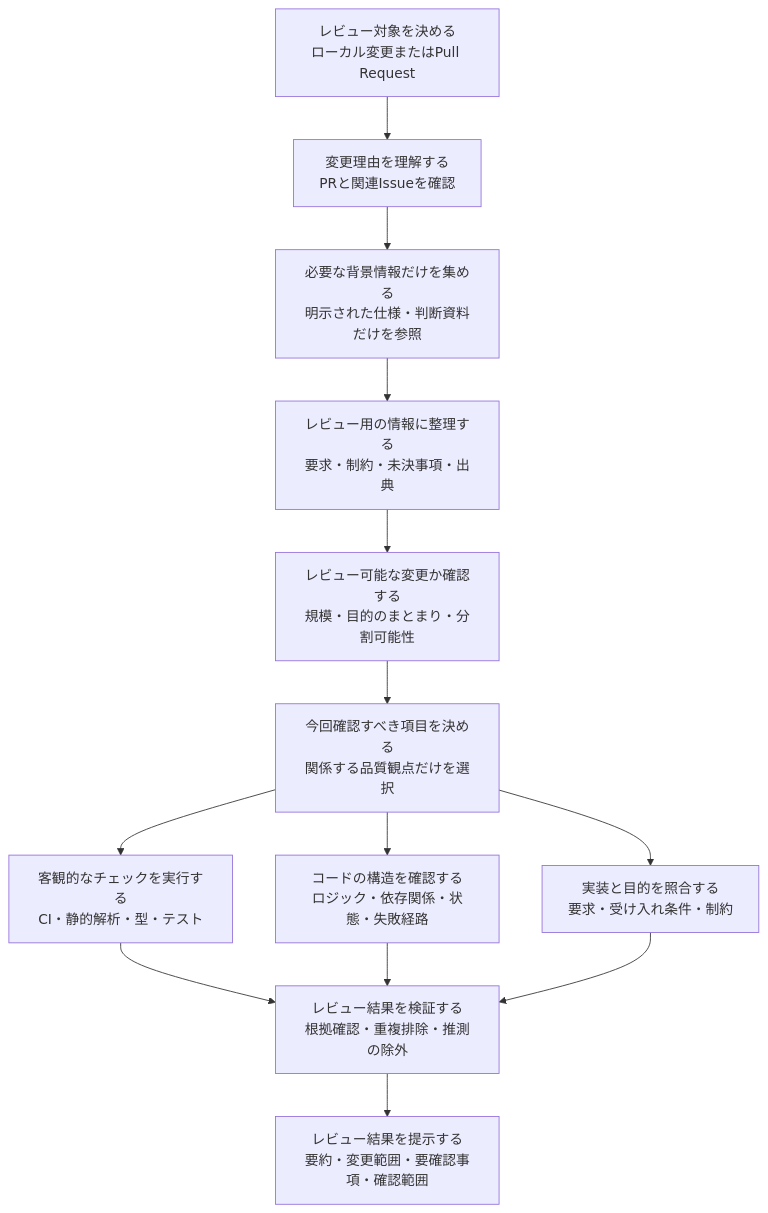
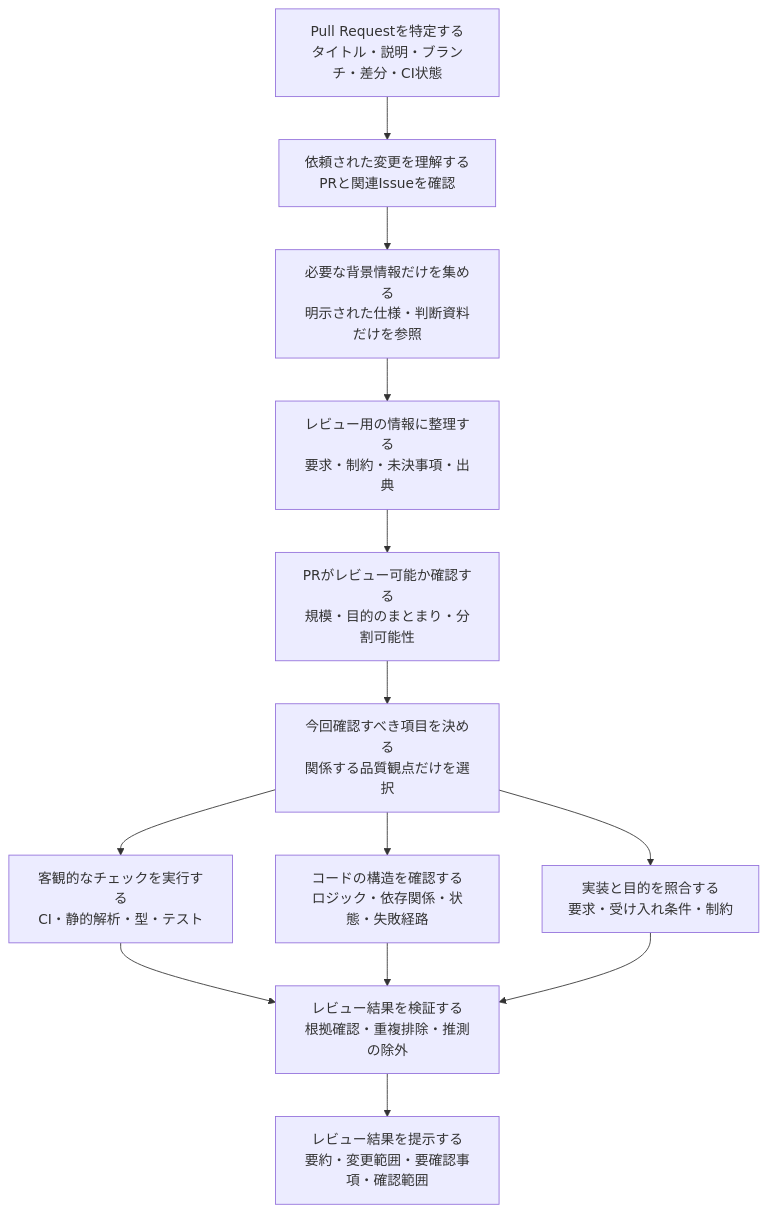
The second of 2 diagrams in README.ja.md (takuto-san/review), drawn with Mermaid before and after one commit. The commit also changed other lines of this file and 20 other files, not shown here.

````diff
--- a/README.ja.md
+++ b/README.ja.md
@@ -17,17 +45,17 @@
 ```mermaid
 flowchart TD
-    A[レビュー対象を決める<br/>ローカル変更またはPull Request] --> B[変更理由を理解する<br/>PRと関連Issueを確認]
+    A[Pull Requestを特定する<br/>タイトル・説明・ブランチ・差分・CI状態] --> B[依頼された変更を理解する<br/>PRと関連Issueを確認]
     B --> C[必要な背景情報だけを集める<br/>明示された仕様・判断資料だけを参照]
     C --> D[レビュー用の情報に整理する<br/>要求・制約・未決事項・出典]
-    D --> E[レビュー可能な変更か確認する<br/>規模・目的のまとまり・分割可能性]
+    D --> E[PRがレビュー可能か確認する<br/>規模・目的のまとまり・分割可能性]
     E --> F[今回確認すべき項目を決める<br/>関係する品質観点だけを選択]
 
     F --> G1[客観的なチェックを実行する<br/>CI・静的解析・型・テスト]
     F --> G2[コードの構造を確認する<br/>ロジック・依存関係・状態・失敗経路]
     F --> G3[実装と目的を照合する<br/>要求・受け入れ条件・制約]
 
     G1 --> H[レビュー結果を検証する<br/>根拠確認・重複排除・推測の除外]
     G2 --> H
     G3 --> H
     H --> I[レビュー結果を提示する<br/>要約・変更範囲・要確認事項・確認範囲]
 ```
````
